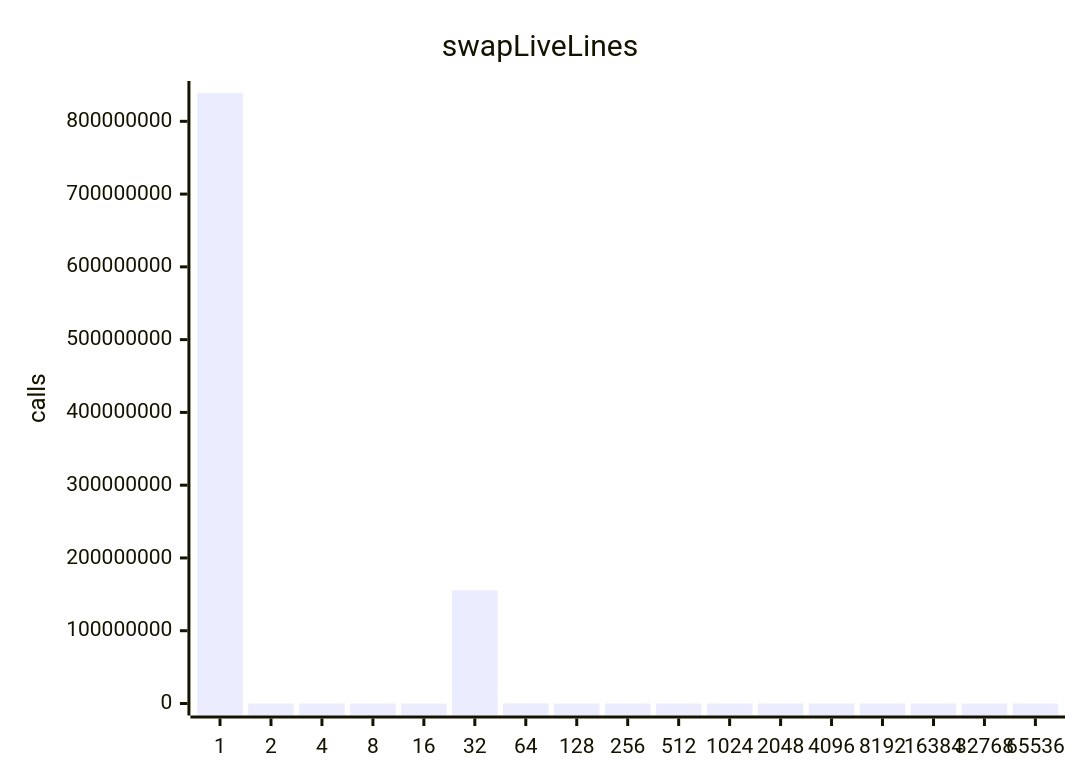
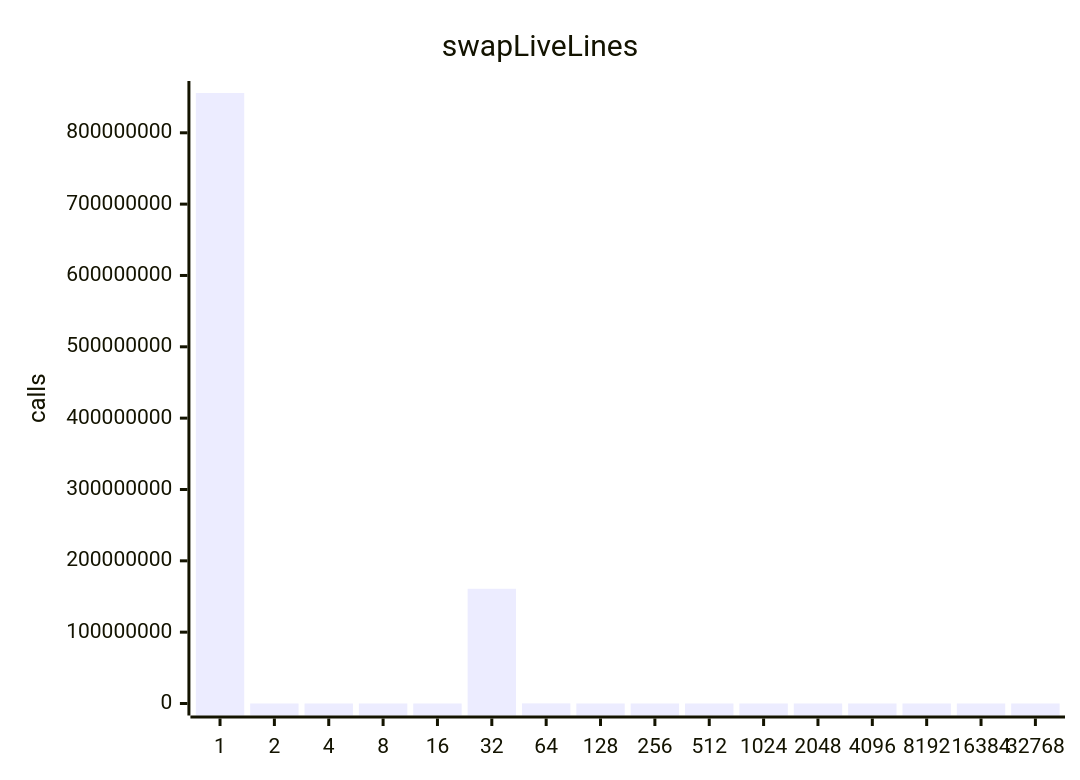
One commit to jrengmusic/eve changed the sixth of 10 diagrams in benchmark/live-report.md. Above: the diagram before and after it, drawn with Mermaid. The commit also changed other lines of this file and 28 other files, not shown here.

````diff
--- a/benchmark/live-report.md
+++ b/benchmark/live-report.md
@@ -1705,7 +1709,7 @@
 ```mermaid
 xychart-beta
 title "swapLiveLines"
-x-axis ["1", "2", "4", "8", "16", "32", "64", "128", "256", "512", "1024", "2048", "4096", "8192", "16384", "32768", "65536"]
+x-axis ["1", "2", "4", "8", "16", "32", "64", "128", "256", "512", "1024", "2048", "4096", "8192", "16384", "32768"]
 y-axis "calls"
-bar [838908141.00000000000000000, 0.00000000000000000, 0.00000000000000000, 0.00000000000000000, 0.00000000000000000, 155637423.00000000000000000, 147224.00000000000000000, 22363.00000000000000000, 137.00000000000000000, 230.00000000000000000, 472.00000000000000000, 19743.00000000000000000, 78243.00000000000000000, 328.00000000000000000, 15.00000000000000000, 7.00000000000000000, 10.00000000000000000]
+bar [855773152.00000000000000000, 0.00000000000000000, 0.00000000000000000, 0.00000000000000000, 0.00000000000000000, 160846278.00000000000000000, 139027.00000000000000000, 24504.00000000000000000, 104.00000000000000000, 246.00000000000000000, 493.00000000000000000, 36999.00000000000000000, 48429.00000000000000000, 292.00000000000000000, 25.00000000000000000, 1.00000000000000000]
 ```
````
